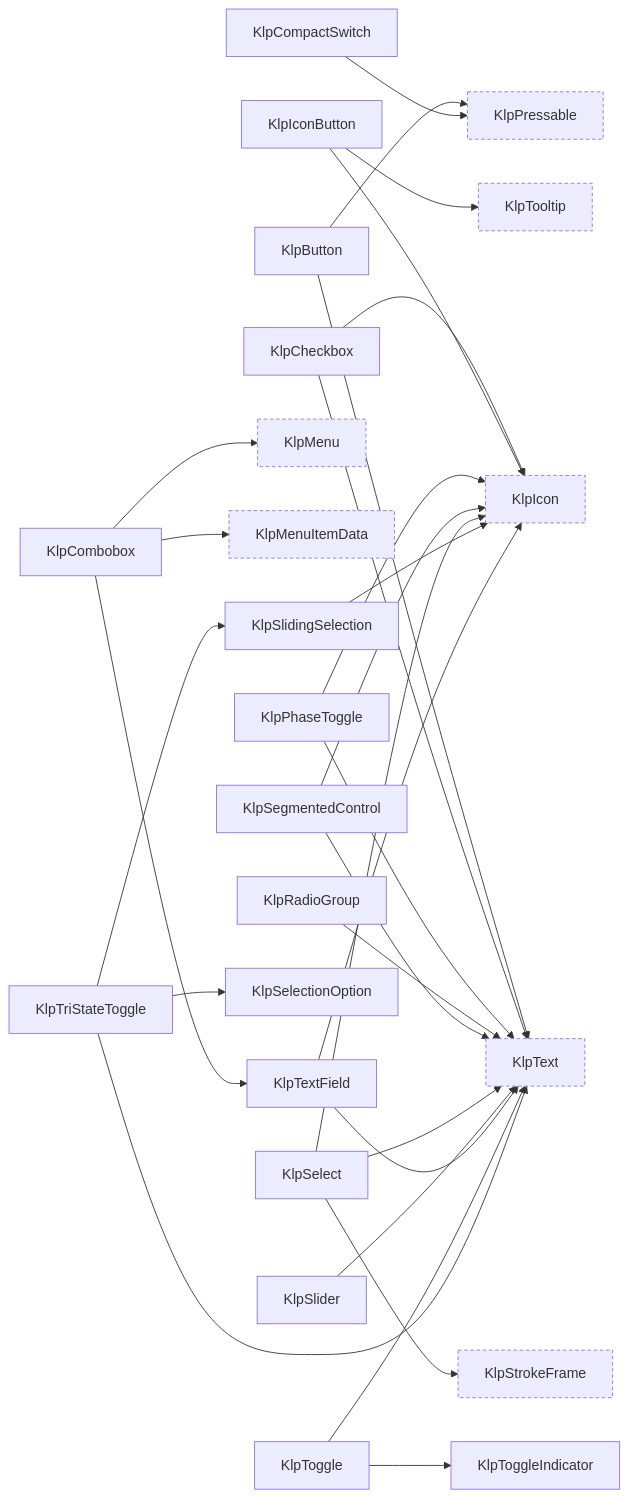
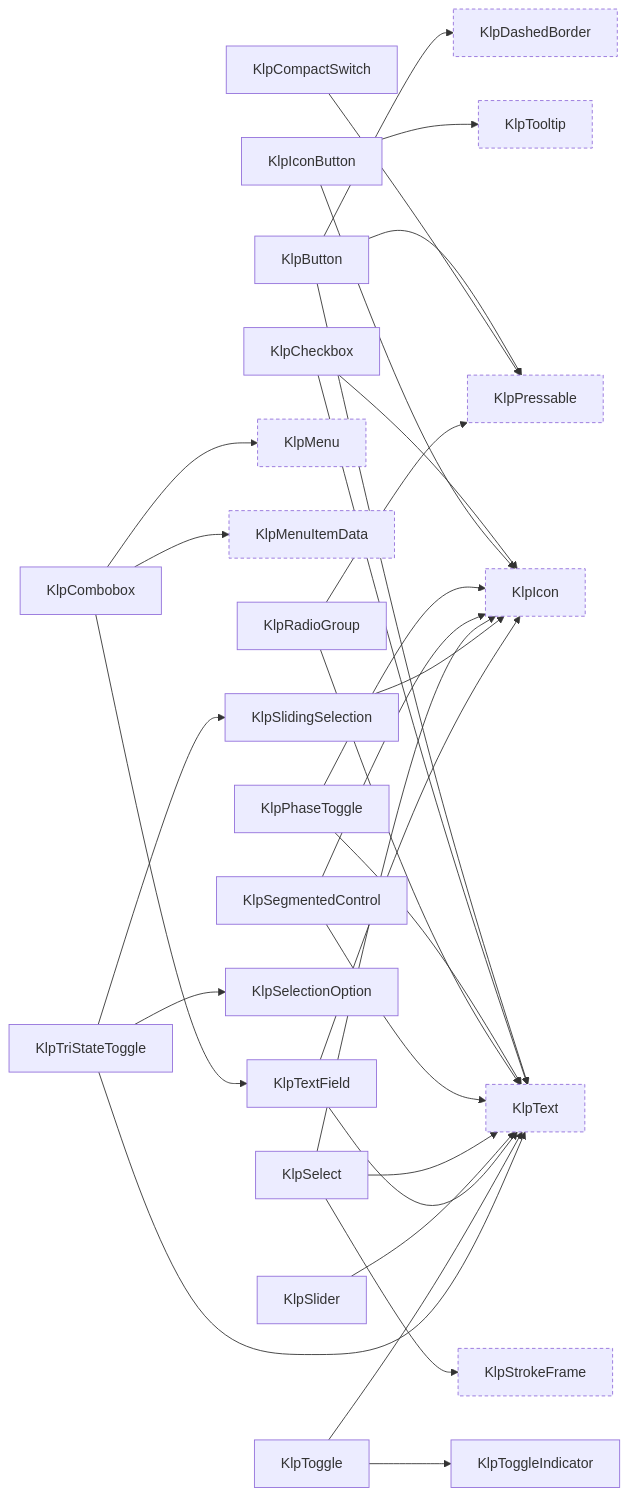
The ninth of 18 diagrams in spec/component-inventory.md (MiuDog/Kallopis), drawn with Mermaid before and after one commit. The commit also changed other lines of this file and 266 other files, not shown here.

````diff
--- a/spec/component-inventory.md
+++ b/spec/component-inventory.md
@@ -430,54 +454,57 @@
 ```mermaid
 graph LR
   KlpButton["KlpButton"]
   KlpCheckbox["KlpCheckbox"]
   KlpCombobox["KlpCombobox"]
   KlpCompactSwitch["KlpCompactSwitch"]
+  KlpDashedBorder["KlpDashedBorder"]:::external
   KlpIcon["KlpIcon"]:::external
   KlpIconButton["KlpIconButton"]
   KlpMenu["KlpMenu"]:::external
   KlpMenuItemData["KlpMenuItemData"]:::external
   KlpPhaseToggle["KlpPhaseToggle"]
   KlpPressable["KlpPressable"]:::external
   KlpRadioGroup["KlpRadioGroup"]
   KlpSegmentedControl["KlpSegmentedControl"]
   KlpSelect["KlpSelect"]
   KlpSelectionOption["KlpSelectionOption"]
   KlpSlider["KlpSlider"]
   KlpSlidingSelection["KlpSlidingSelection"]
   KlpStrokeFrame["KlpStrokeFrame"]:::external
   KlpText["KlpText"]:::external
   KlpTextField["KlpTextField"]
   KlpToggle["KlpToggle"]
   KlpToggleIndicator["KlpToggleIndicator"]
   KlpTooltip["KlpTooltip"]:::external
   KlpTriStateToggle["KlpTriStateToggle"]
+  KlpButton --> KlpDashedBorder
   KlpButton --> KlpPressable
   KlpButton --> KlpText
   KlpCheckbox --> KlpIcon
   KlpCheckbox --> KlpText
   KlpCombobox --> KlpMenu
   KlpCombobox --> KlpMenuItemData
   KlpCombobox --> KlpTextField
   KlpCompactSwitch --> KlpPressable
   KlpIconButton --> KlpIcon
   KlpIconButton --> KlpTooltip
   KlpPhaseToggle --> KlpIcon
   KlpPhaseToggle --> KlpText
+  KlpRadioGroup --> KlpPressable
   KlpRadioGroup --> KlpText
   KlpSegmentedControl --> KlpIcon
   KlpSegmentedControl --> KlpText
   KlpSelect --> KlpIcon
   KlpSelect --> KlpStrokeFrame
   KlpSelect --> KlpText
   KlpSlider --> KlpText
   KlpSlidingSelection --> KlpIcon
   KlpTextField --> KlpIcon
   KlpTextField --> KlpText
   KlpToggle --> KlpText
   KlpToggle --> KlpToggleIndicator
   KlpTriStateToggle --> KlpSelectionOption
   KlpTriStateToggle --> KlpSlidingSelection
   KlpTriStateToggle --> KlpText
   classDef external stroke-dasharray: 4 3;
 ```
````
